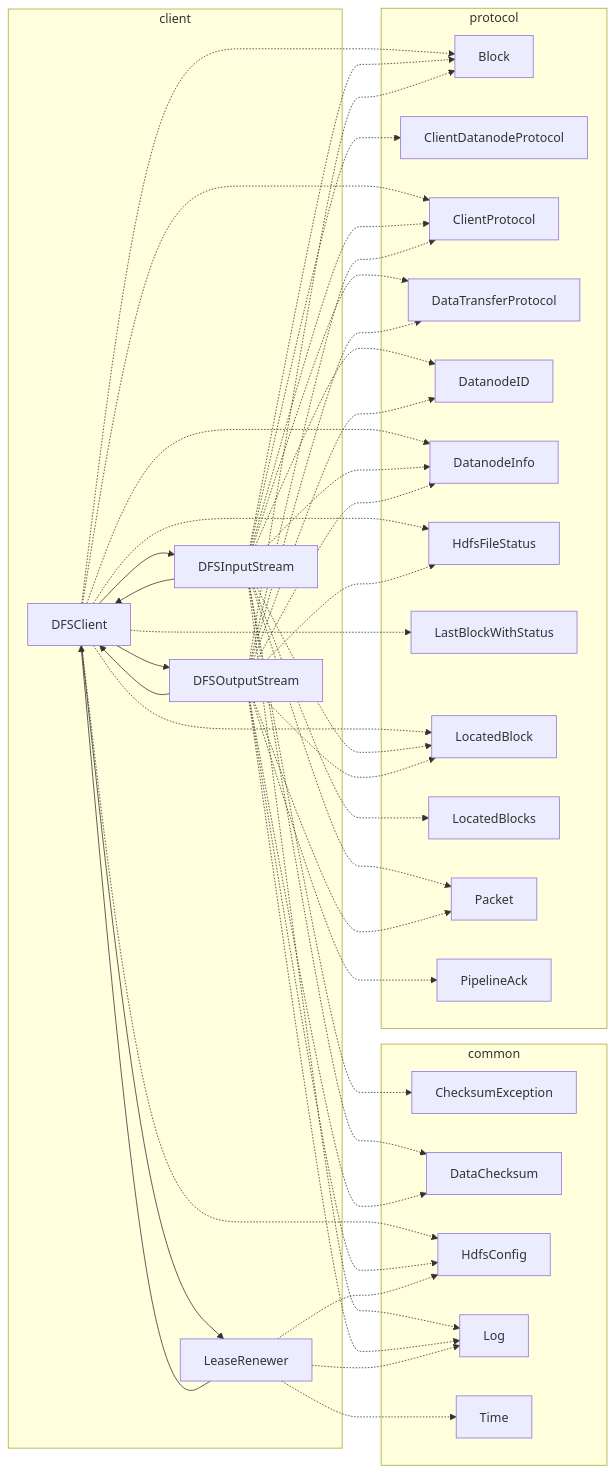
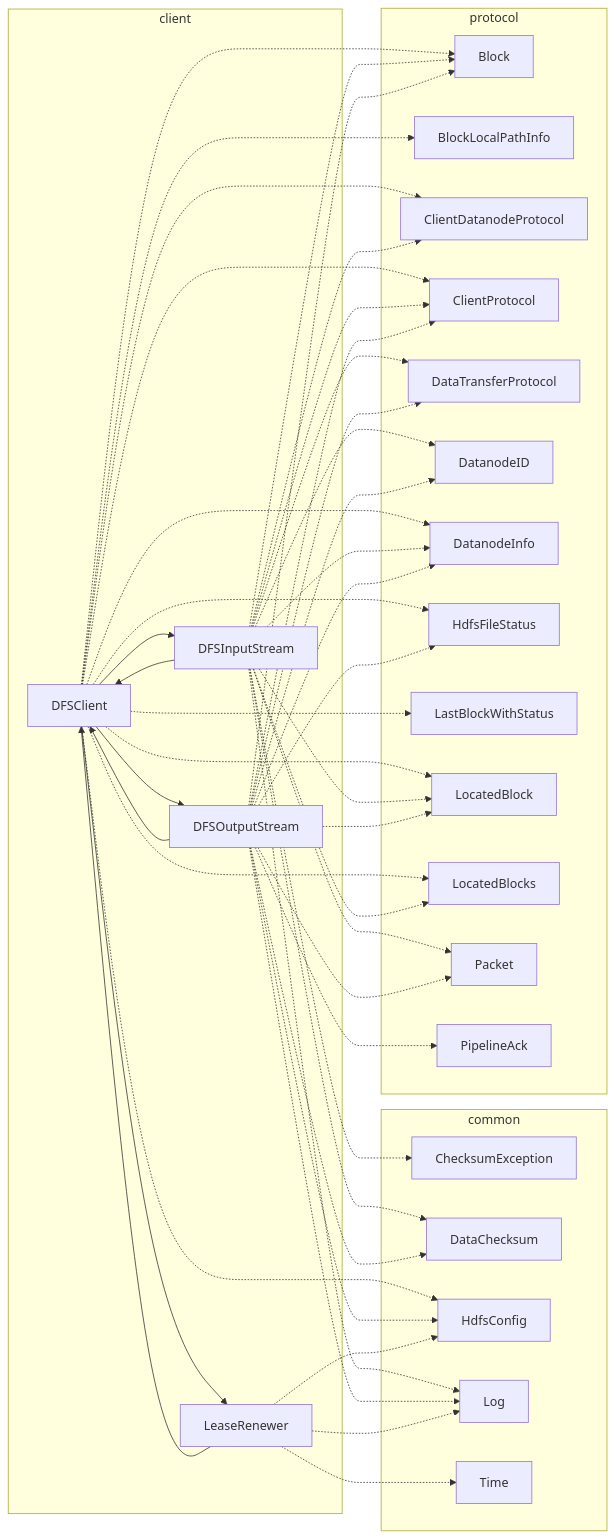
The third of 11 diagrams in docs/DEPENDENCIES.md (catothi/edudfs), drawn with Mermaid before and after one commit. The commit also changed other lines of this file and 28 other files, not shown here.

````diff
--- a/docs/DEPENDENCIES.md
+++ b/docs/DEPENDENCIES.md
@@ -196,70 +198,74 @@
 ```mermaid
 flowchart LR
     subgraph client_box["client"]
         client_DFSClient["DFSClient"]
         client_DFSInputStream["DFSInputStream"]
         client_DFSOutputStream["DFSOutputStream"]
         client_LeaseRenewer["LeaseRenewer"]
     end
     subgraph common_ext_client["common"]
         common_ChecksumException["ChecksumException"]
         common_DataChecksum["DataChecksum"]
         common_HdfsConfig["HdfsConfig"]
         common_Log["Log"]
         common_Time["Time"]
     end
     subgraph protocol_ext_client["protocol"]
         protocol_Block["Block"]
+        protocol_BlockLocalPathInfo["BlockLocalPathInfo"]
         protocol_ClientDatanodeProtocol["ClientDatanodeProtocol"]
         protocol_ClientProtocol["ClientProtocol"]
         protocol_DataTransferProtocol["DataTransferProtocol"]
         protocol_DatanodeID["DatanodeID"]
         protocol_DatanodeInfo["DatanodeInfo"]
         protocol_HdfsFileStatus["HdfsFileStatus"]
         protocol_LastBlockWithStatus["LastBlockWithStatus"]
         protocol_LocatedBlock["LocatedBlock"]
         protocol_LocatedBlocks["LocatedBlocks"]
         protocol_Packet["Packet"]
         protocol_PipelineAck["PipelineAck"]
     end
     client_DFSClient --> client_DFSInputStream
     client_DFSClient --> client_DFSOutputStream
     client_DFSClient --> client_LeaseRenewer
     client_DFSClient -.-> common_HdfsConfig
     client_DFSClient -.-> protocol_Block
+    client_DFSClient -.-> protocol_BlockLocalPathInfo
+    client_DFSClient -.-> protocol_ClientDatanodeProtocol
     client_DFSClient -.-> protocol_ClientProtocol
     client_DFSClient -.-> protocol_DatanodeInfo
     client_DFSClient -.-> protocol_HdfsFileStatus
     client_DFSClient -.-> protocol_LastBlockWithStatus
     client_DFSClient -.-> protocol_LocatedBlock
+    client_DFSClient -.-> protocol_LocatedBlocks
     client_DFSInputStream --> client_DFSClient
     client_DFSInputStream -.-> common_ChecksumException
     client_DFSInputStream -.-> common_DataChecksum
     client_DFSInputStream -.-> common_Log
     client_DFSInputStream -.-> protocol_Block
     client_DFSInputStream -.-> protocol_ClientDatanodeProtocol
     client_DFSInputStream -.-> protocol_ClientProtocol
     client_DFSInputStream -.-> protocol_DataTransferProtocol
     client_DFSInputStream -.-> protocol_DatanodeID
     client_DFSInputStream -.-> protocol_DatanodeInfo
     client_DFSInputStream -.-> protocol_LocatedBlock
     client_DFSInputStream -.-> protocol_LocatedBlocks
     client_DFSInputStream -.-> protocol_Packet
     client_DFSOutputStream --> client_DFSClient
     client_DFSOutputStream -.-> common_DataChecksum
     client_DFSOutputStream -.-> common_HdfsConfig
     client_DFSOutputStream -.-> common_Log
     client_DFSOutputStream -.-> protocol_Block
     client_DFSOutputStream -.-> protocol_ClientProtocol
     client_DFSOutputStream -.-> protocol_DataTransferProtocol
     client_DFSOutputStream -.-> protocol_DatanodeID
     client_DFSOutputStream -.-> protocol_DatanodeInfo
     client_DFSOutputStream -.-> protocol_HdfsFileStatus
     client_DFSOutputStream -.-> protocol_LocatedBlock
     client_DFSOutputStream -.-> protocol_Packet
     client_DFSOutputStream -.-> protocol_PipelineAck
     client_LeaseRenewer --> client_DFSClient
     client_LeaseRenewer -.-> common_HdfsConfig
     client_LeaseRenewer -.-> common_Log
     client_LeaseRenewer -.-> common_Time
 ```
````
